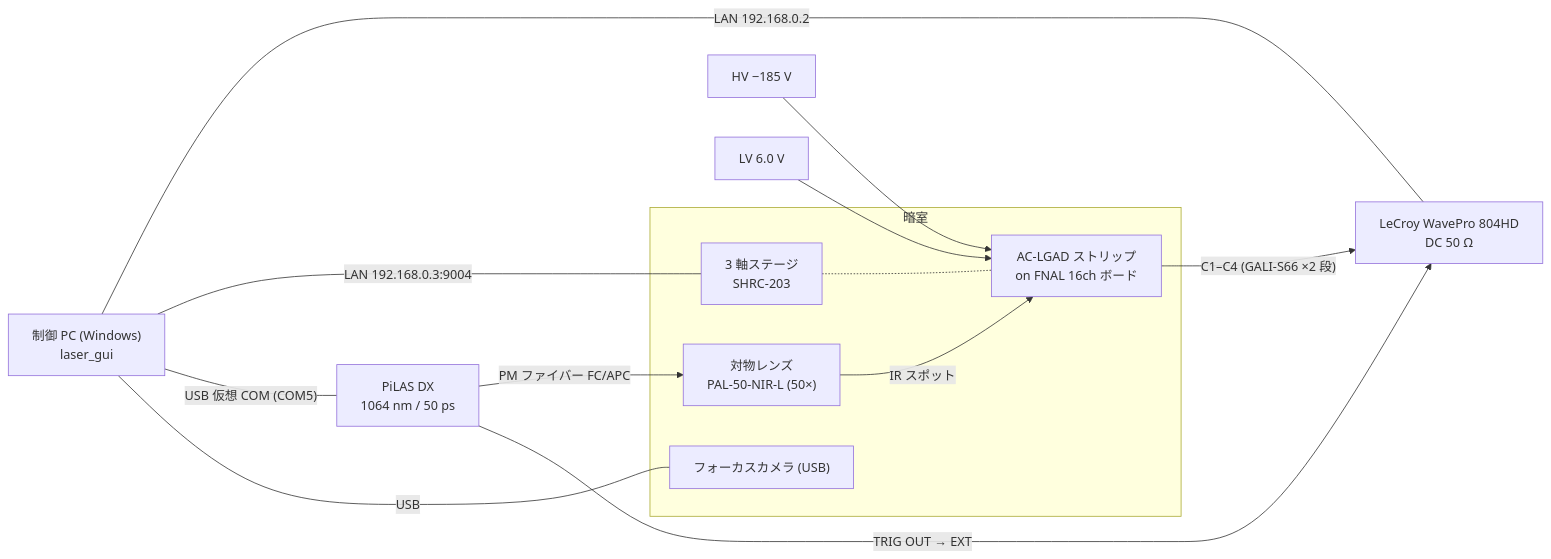
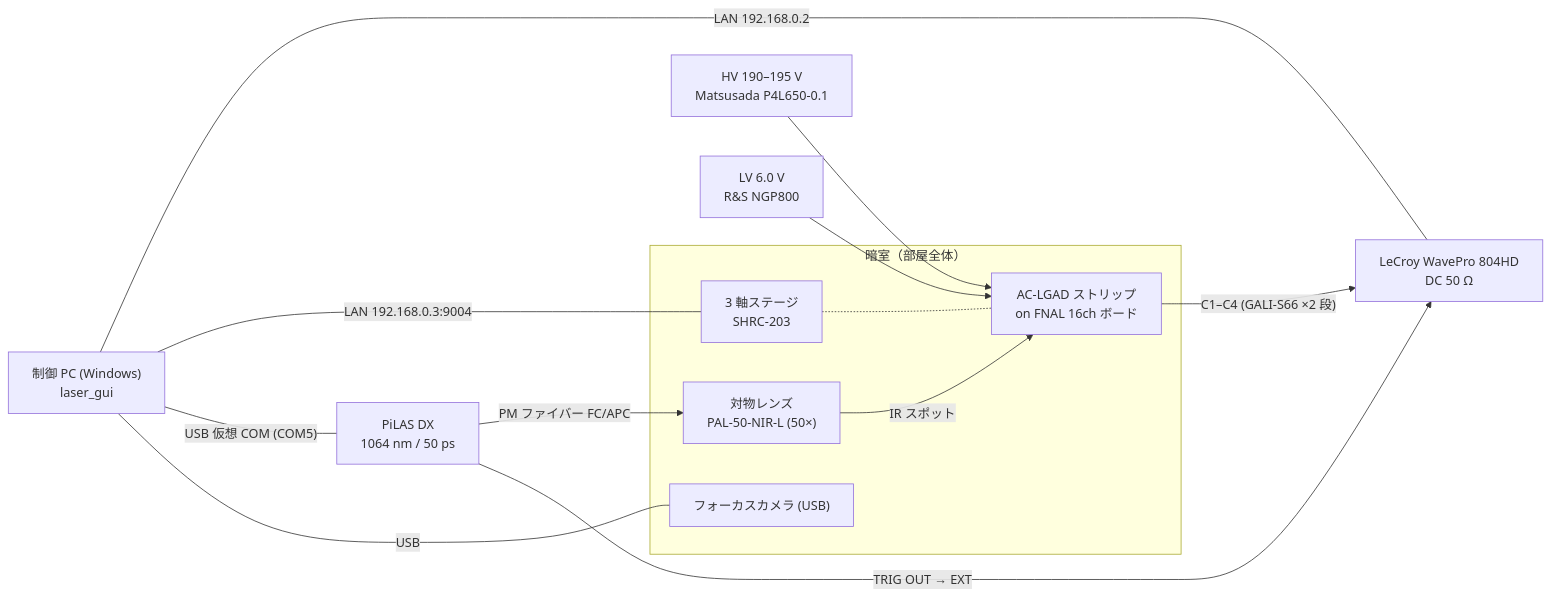
Before and after one commit to Kanato-M/Hiroshima-TCT-wiki: the diagram in docs/ja/setup/hardware.md, drawn with Mermaid. The commit also changed other lines of this file and 25 other files, not shown here.

````diff
--- a/docs/ja/setup/hardware.md
+++ b/docs/ja/setup/hardware.md
@@ -10,21 +10,21 @@
 ```mermaid
 flowchart LR
-    subgraph DARK["暗室"]
+    subgraph DARK["暗室（部屋全体）"]
         OBJ["対物レンズ<br/>PAL-50-NIR-L (50×)"]
         DUT["AC-LGAD ストリップ<br/>on FNAL 16ch ボード"]
         STG["3 軸ステージ<br/>SHRC-203"]
         CAM["フォーカスカメラ (USB)"]
     end
     LAS["PiLAS DX<br/>1064 nm / 50 ps"] -->|PM ファイバー FC/APC| OBJ
     OBJ -->|IR スポット| DUT
     STG -.- DUT
     DUT -->|"C1–C4 (GALI-S66 ×2 段)"| OSC["LeCroy WavePro 804HD<br/>DC 50 Ω"]
     LAS -->|TRIG OUT → EXT| OSC
-    HV["HV −185 V"] --> DUT
-    LV["LV 6.0 V"] --> DUT
+    HV["HV 190–195 V<br/>Matsusada P4L650-0.1"] --> DUT
+    LV["LV 6.0 V<br/>R&S NGP800"] --> DUT
     PC["制御 PC (Windows)<br/>laser_gui"]
     PC ---|"LAN 192.168.0.2"| OSC
     PC ---|"LAN 192.168.0.3:9004"| STG
     PC ---|"USB 仮想 COM (COM5)"| LAS
     PC ---|USB| CAM
 ```
````
